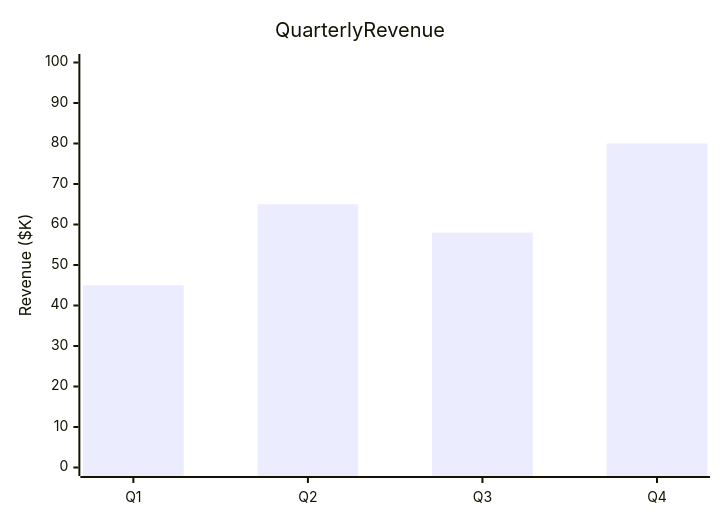
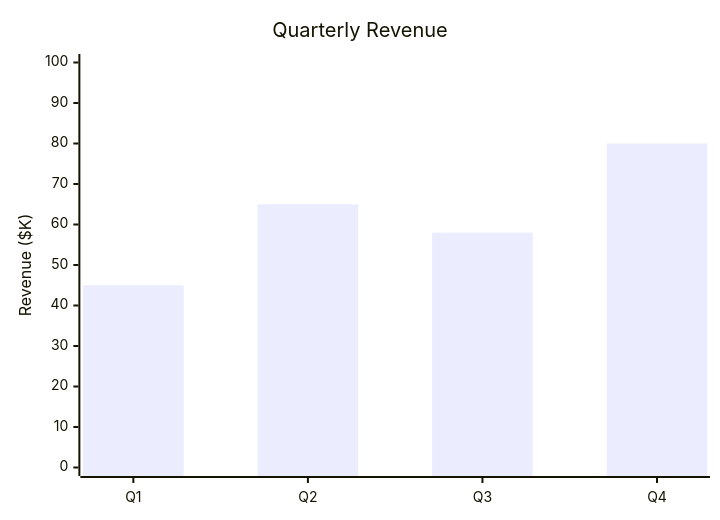
The seventh of 23 diagrams in plugins/obsidian-blocks/skills/mermaid-diagramming/xychart.md (BitYoungjae/marketplace), drawn with Mermaid before and after one commit. The commit also changed other lines of this file and 14 other files, not shown here.

First line of the commit message:
feat(obsidian-blocks): add Session 3 Mermaid diagrams

````diff
--- a/plugins/obsidian-blocks/skills/mermaid-diagramming/xychart.md
+++ b/plugins/obsidian-blocks/skills/mermaid-diagramming/xychart.md
@@ -106,7 +110,7 @@
 ```mermaid
 xychart-beta
-    title Quarterly Revenue
+    title "Quarterly Revenue"
     x-axis [Q1, Q2, Q3, Q4]
     y-axis "Revenue ($K)" 0 --> 100
     bar [45, 65, 58, 80]
 ```
````
